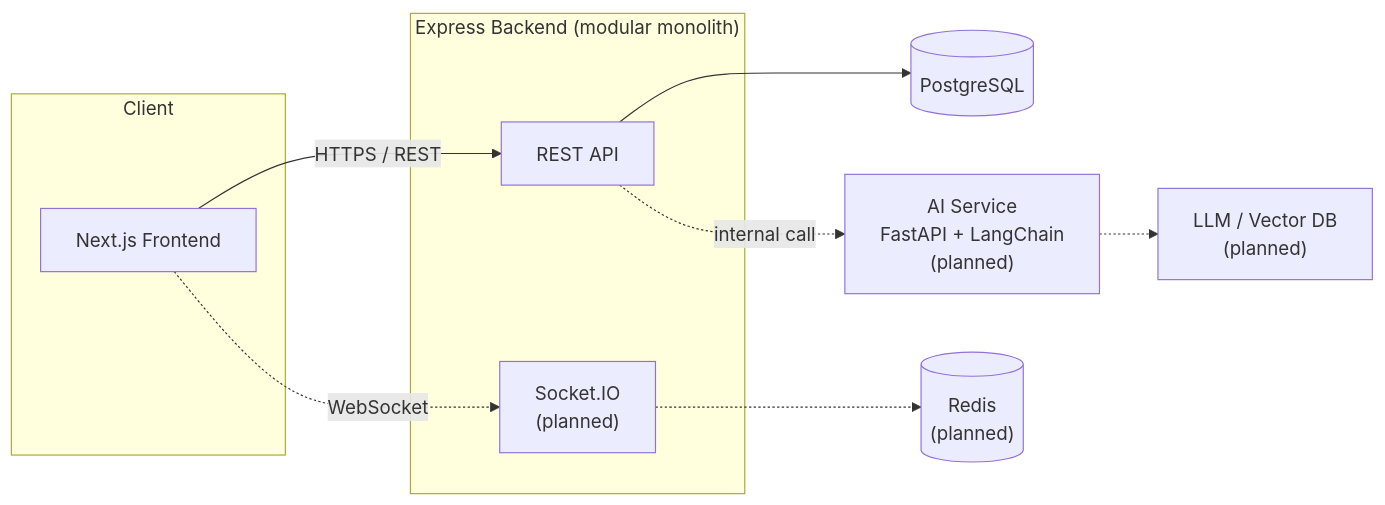
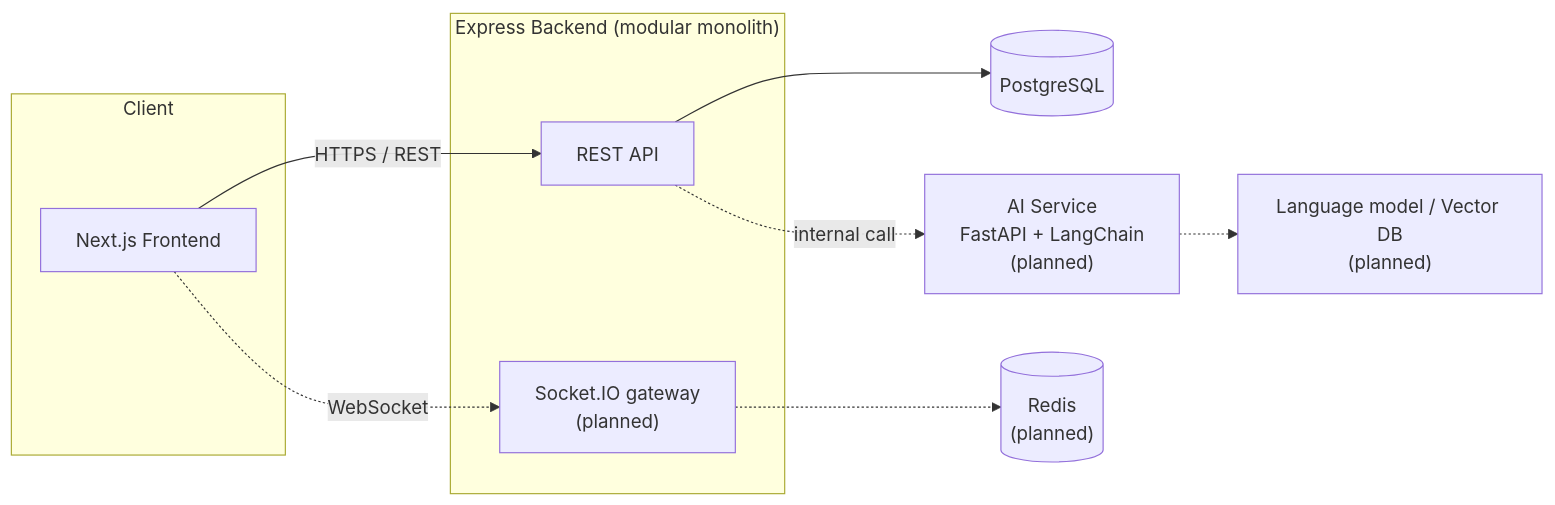
One commit to vaishnaviinit/DevFlow changed the first of 6 diagrams in README.md. Above: the diagram before and after it, drawn with Mermaid. The commit also changed other lines of this file and 2 other files, not shown here.

````diff
--- a/README.md
+++ b/README.md
@@ -214,21 +284,21 @@
 ```mermaid
 flowchart LR
-    subgraph Client
+    subgraph Client["Client"]
       FE["Next.js Frontend"]
     end
     subgraph Server["Express Backend (modular monolith)"]
       API["REST API"]
-      WS["Socket.IO<br/>(planned)"]
+      WS["Socket.IO gateway<br/>(planned)"]
     end
     DB[("PostgreSQL")]
     REDIS[("Redis<br/>(planned)")]
     AI["AI Service<br/>FastAPI + LangChain<br/>(planned)"]
-    LLM["LLM / Vector DB<br/>(planned)"]
+    LLM["Language model / Vector DB<br/>(planned)"]
 
     FE -->|HTTPS / REST| API
     FE -.->|WebSocket| WS
     API --> DB
     WS -.-> REDIS
     API -.->|internal call| AI
     AI -.-> LLM
 ```
````
